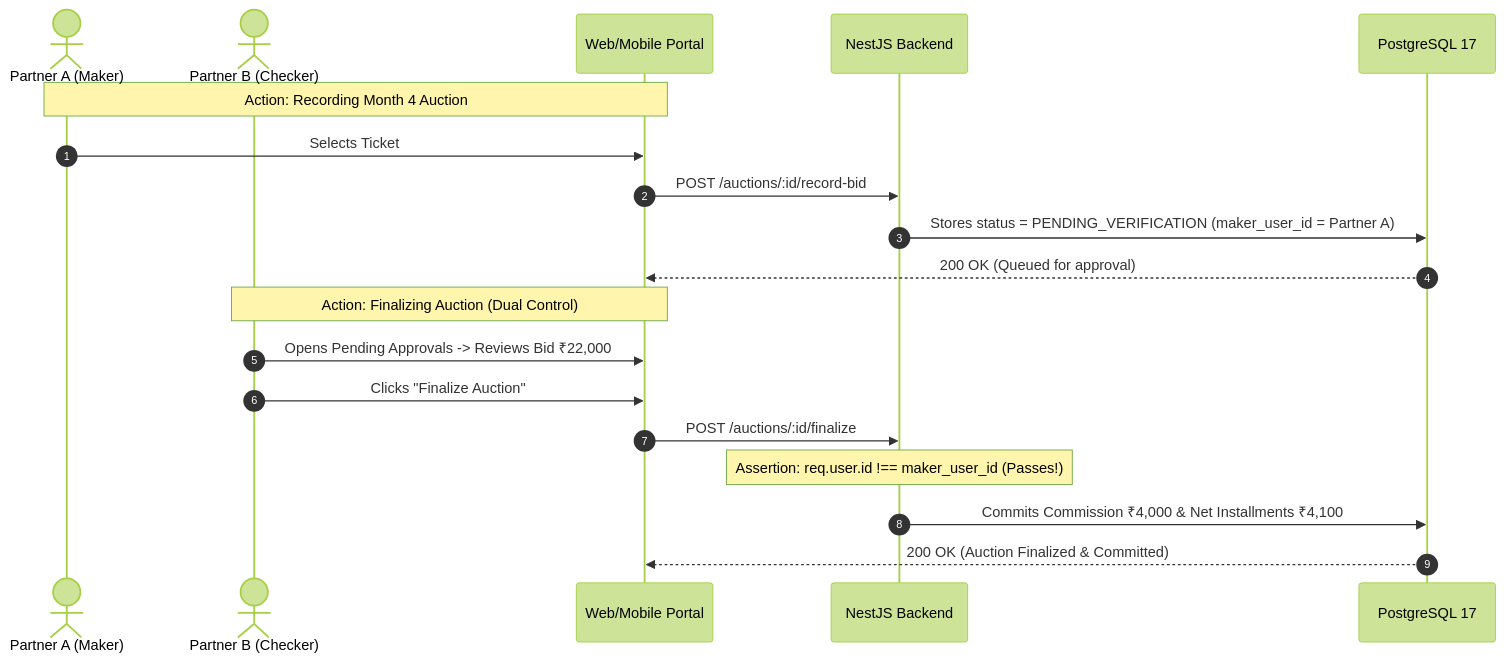
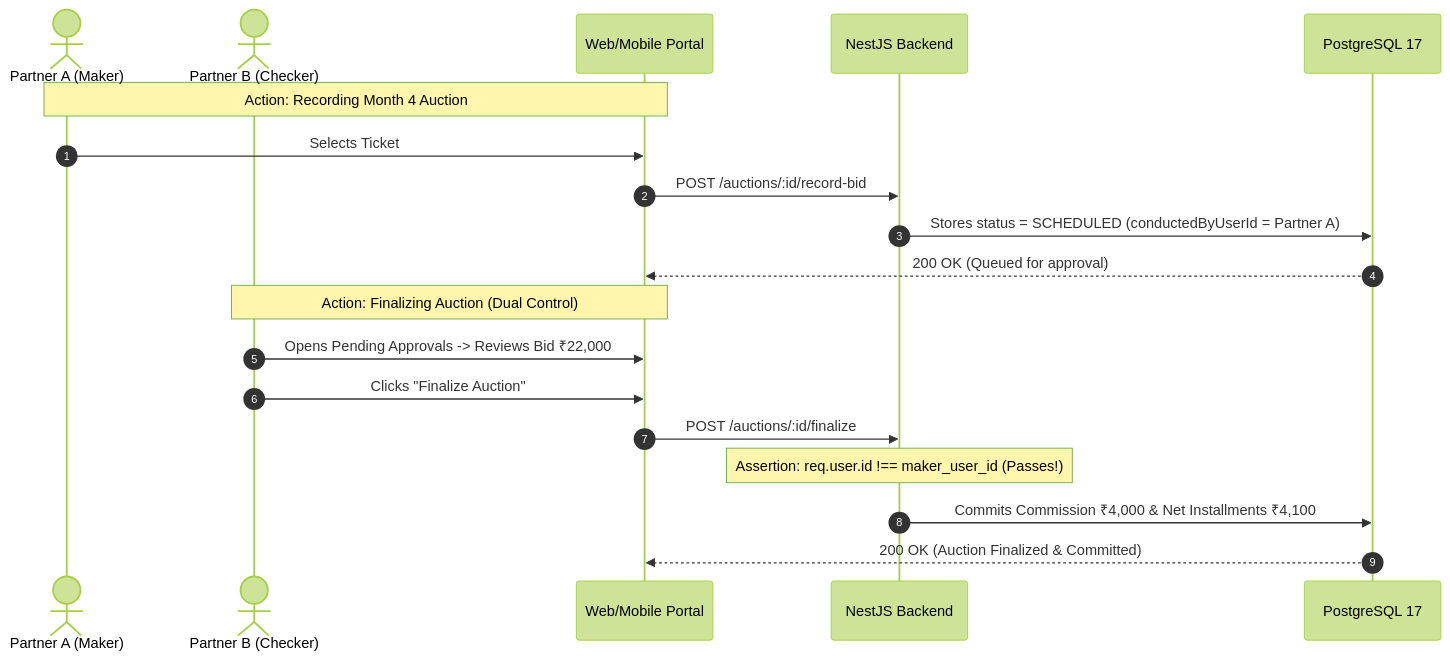
The second of 4 diagrams in docs/02-requirements/educational-guides/persona-1-super-admin.md (Kathir-24/Kumaran-finance), drawn with Mermaid (forest theme) before and after one commit. The commit also changed other lines of this file and 4 other files, not shown here.

````diff
--- a/docs/02-requirements/educational-guides/persona-1-super-admin.md
+++ b/docs/02-requirements/educational-guides/persona-1-super-admin.md
@@ -114,23 +116,23 @@
 ```mermaid
 sequenceDiagram
     autonumber
     actor P1 as Partner A (Maker)
     actor P2 as Partner B (Checker)
     participant UI as Web/Mobile Portal
     participant API as NestJS Backend
     participant DB as PostgreSQL 17
 
     Note over P1,UI: Action: Recording Month 4 Auction
     P1->>UI: Selects Ticket #7, Enters Bid Discount ₹22,000
     UI->>API: POST /auctions/:id/record-bid
-    API->>DB: Stores status = PENDING_VERIFICATION (maker_user_id = Partner A)
+    API->>DB: Stores status = SCHEDULED (conductedByUserId = Partner A)
     DB-->>UI: 200 OK (Queued for approval)
 
     Note over P2,UI: Action: Finalizing Auction (Dual Control)
     P2->>UI: Opens Pending Approvals -> Reviews Bid ₹22,000
     P2->>UI: Clicks "Finalize Auction"
     UI->>API: POST /auctions/:id/finalize
     Note over API: Assertion: req.user.id !== maker_user_id (Passes!)
     API->>DB: Commits Commission ₹4,000 & Net Installments ₹4,100
     DB-->>UI: 200 OK (Auction Finalized & Committed)
 ```
````
